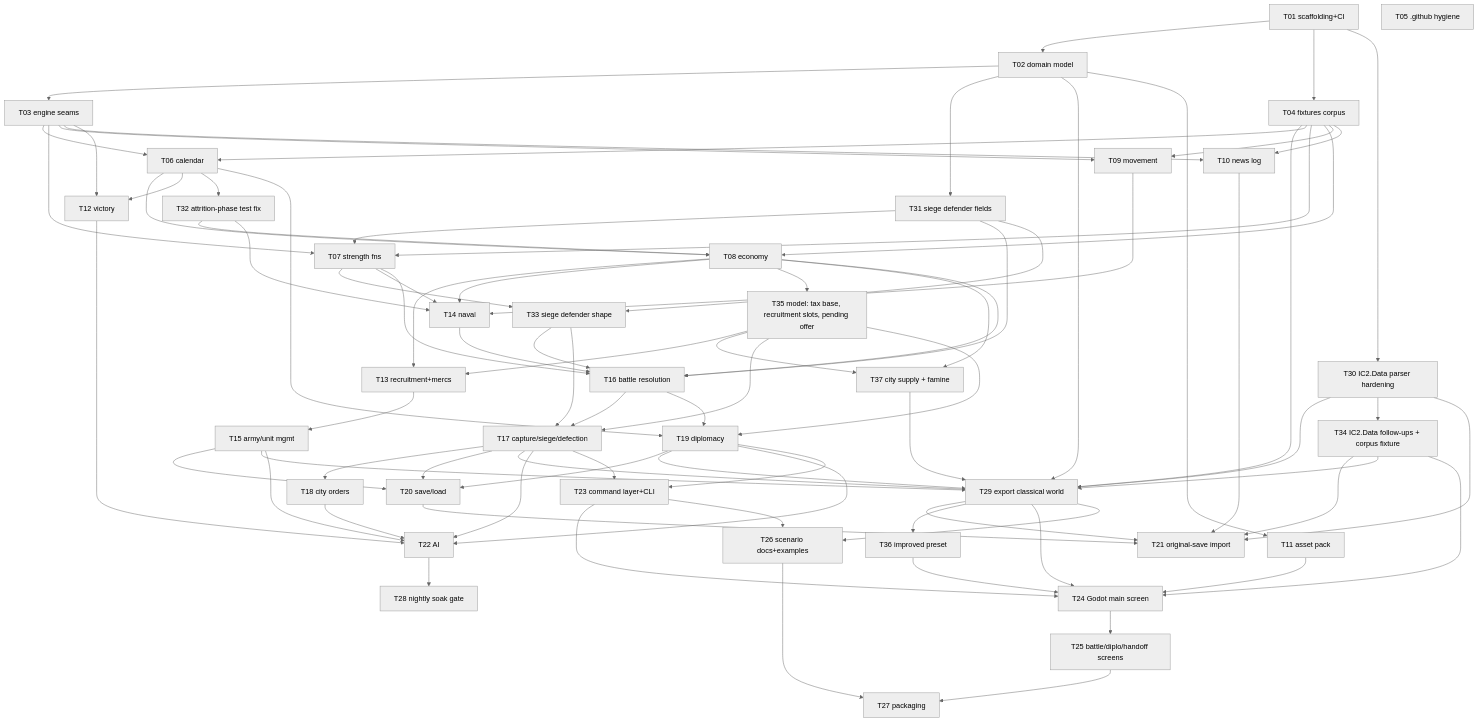
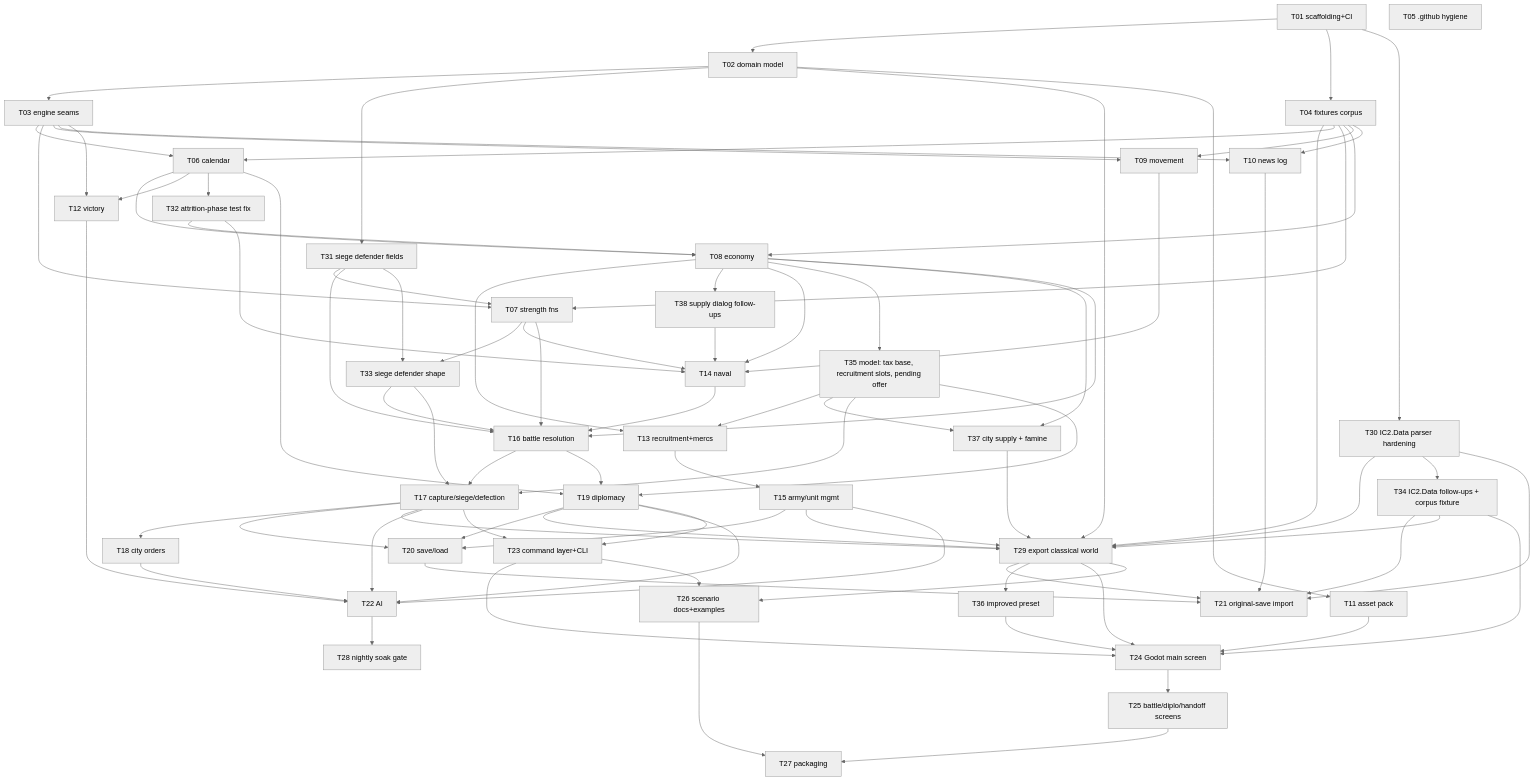
Before and after one commit to diegoami/imperial_conquest_2: the diagram in docs/task-catalogue.md, drawn with Mermaid (neutral theme). The commit also changed other lines of this file and 6 other files, not shown here.

First line of the commit message:
Triage T08/T09 follow-ups and #75: new T38, loyalty draws into T35, Q9 answered

```diff
--- a/docs/task-catalogue.md
+++ b/docs/task-catalogue.md
@@ -49,6 +49,8 @@
   T30 --> T34[T34 IC2.Data follow-ups + corpus fixture]
 
   T08 --> T13[T13 recruitment+mercs]
+  T08 --> T38[T38 supply dialog follow-ups]
+  T38 --> T14
   T08 --> T14[T14 naval]
   T32 --> T14
   T09 --> T14
```
